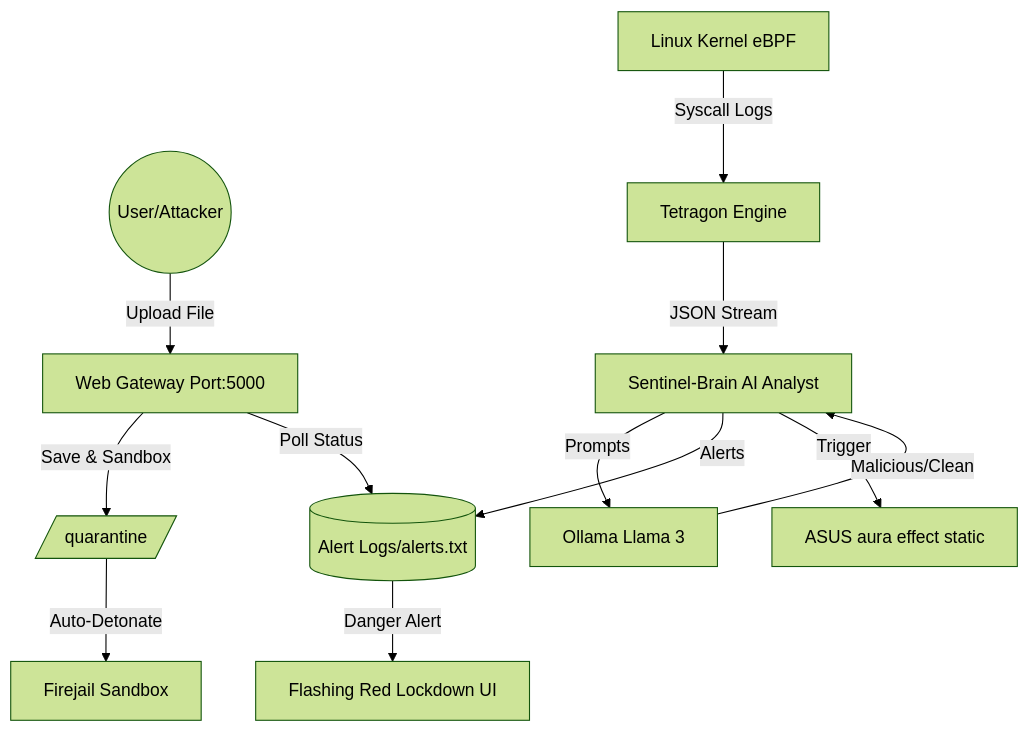
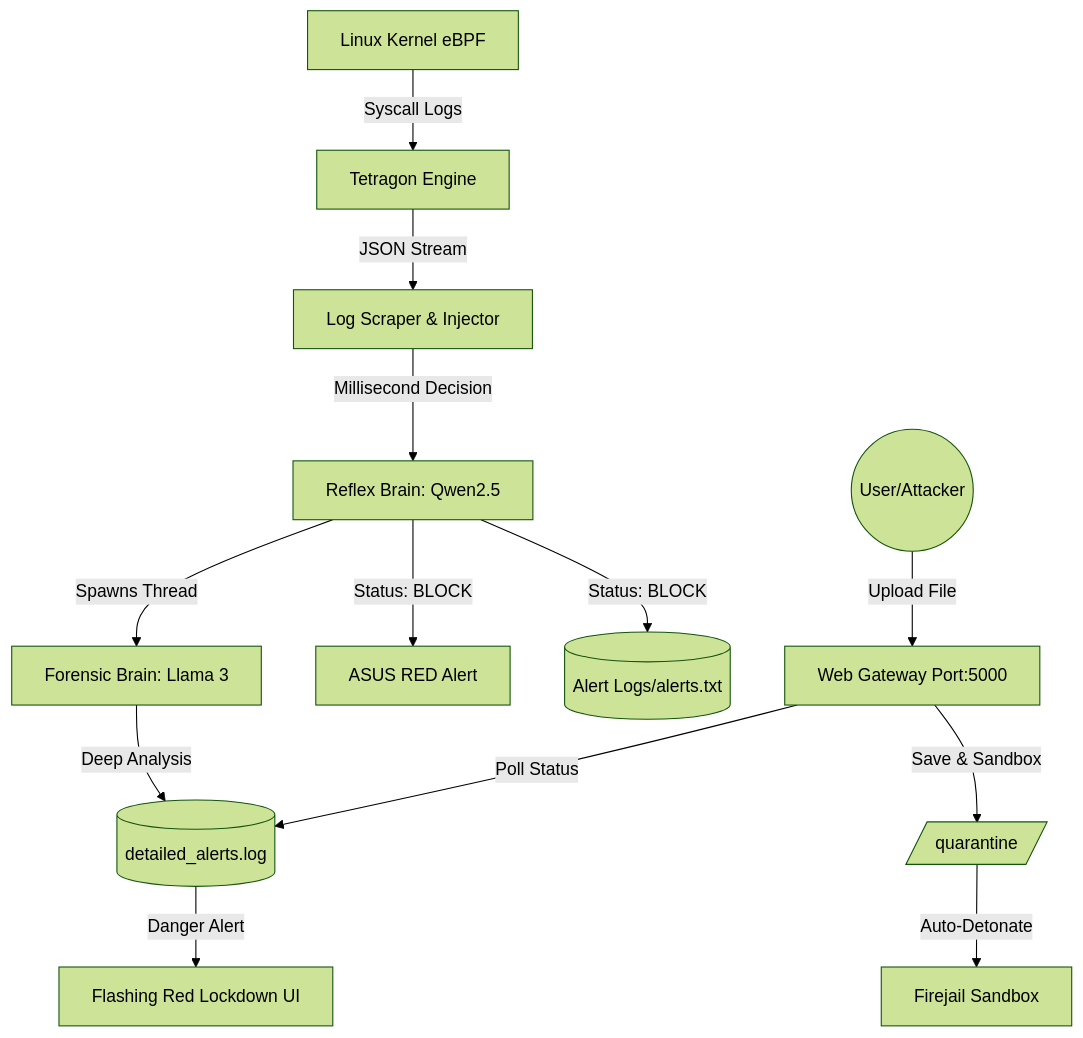
One commit to Thbetyfu/Nexus-Cyber changed the diagram in README.md. Above: the diagram before and after it, drawn with Mermaid (forest theme). The commit also changed other lines of this file, not shown here.

Commit message:
docs: Document Dual-Brain Architecture and Lethal Simulations

````diff
--- a/README.md
+++ b/README.md
@@ -51,14 +55,18 @@
 ```mermaid
 graph TD
     User((User/Attacker)) -->|Upload File| Web[Web Gateway Port:5000]
     Web -->|Save & Sandbox| Quaran[/quarantine/]
     Quaran -->|Auto-Detonate| Firejail[Firejail Sandbox]
     Kernel[Linux Kernel eBPF] -->|Syscall Logs| Tetra[Tetragon Engine]
-    Tetra -->|JSON Stream| SB[Sentinel-Brain AI Analyst]
-    SB -->|Prompts| Llama[Ollama Llama 3]
-    Llama -->|Malicious/Clean| SB
-    SB -->|Alerts| Logs[(Alert Logs/alerts.txt)]
-    SB -->|Trigger| Hardware[ASUS aura effect static]
-    Web -->|Poll Status| Logs
-    Logs -->|Danger Alert| UI[Flashing Red Lockdown UI]
+    Tetra -->|JSON Stream| Tracker[Log Scraper & Injector]
+    
+    Tracker -->|Millisecond Decision| Reflex[Reflex Brain: Qwen2.5]
+    Reflex -->|Status: BLOCK| Hardware[ASUS RED Alert]
+    Reflex -->|Status: BLOCK| Logs[(Alert Logs/alerts.txt)]
+    
+    Reflex -->|Spawns Thread| Forensic[Forensic Brain: Llama 3]
+    Forensic -->|Deep Analysis| LogsDetailed[(detailed_alerts.log)]
+    
+    Web -->|Poll Status| LogsDetailed
+    LogsDetailed -->|Danger Alert| UI[Flashing Red Lockdown UI]
 ```
````
